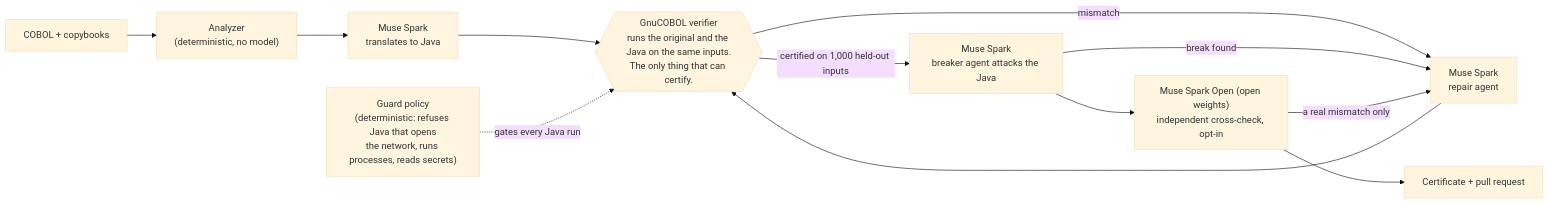
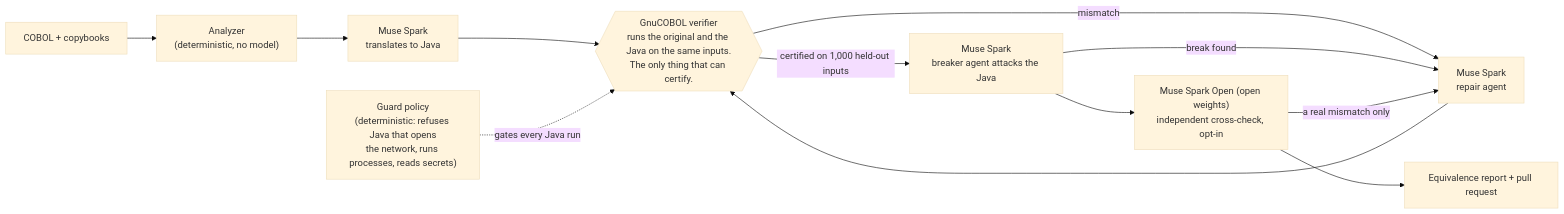
Before and after one commit to Nivetha200111/Diocle: the diagram in README.md, drawn with Mermaid (base theme). The commit also changed other lines of this file and 8 other files, not shown here.

Commit message:
Docs: honest README (limits, measured finding, built-here list), equivalence report wording, live check, hand-off and architecture sync

````diff
--- a/README.md
+++ b/README.md
@@ -52,14 +76,14 @@
 ```mermaid
 flowchart LR
     SRC["COBOL + copybooks"] --> AN["Analyzer<br/>(deterministic, no model)"]
     AN --> TR["Muse Spark<br/>translates to Java"]
     TR --> V{{"GnuCOBOL verifier<br/>runs the original and the Java on the same inputs.<br/>The only thing that can certify."}}
     V -- "mismatch" --> RP["Muse Spark<br/>repair agent"]
     RP --> V
     V -- "certified on 1,000 held-out inputs" --> BR["Muse Spark<br/>breaker agent attacks the Java"]
     BR -- "break found" --> RP
     BR --> XC["Muse Spark Open (open weights)<br/>independent cross-check, opt-in"]
     XC -- "a real mismatch only" --> RP
     GP["Guard policy<br/>(deterministic: refuses Java that opens<br/>the network, runs processes, reads secrets)"] -. "gates every Java run" .-> V
-    XC --> OUT["Certificate + pull request"]
+    XC --> OUT["Equivalence report + pull request"]
 ```
````
